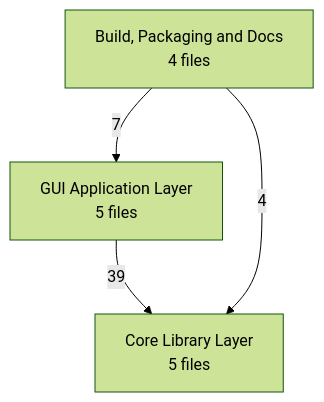
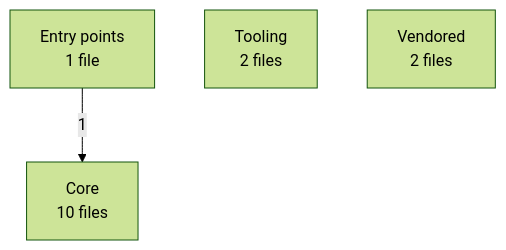
The first of 2 diagrams in README.md (Dominic-Ferri/MacCleanUp), drawn with Mermaid (forest theme) before and after one commit. The commit also changed other lines of this file, not shown here.

````diff
--- a/README.md
+++ b/README.md
@@ -156,9 +169,8 @@
 ```mermaid
 flowchart TD
-  L0["GUI Application Layer<br/>5 files"]
-  L1["Build, Packaging and Docs<br/>4 files"]
-  L2["Core Library Layer<br/>5 files"]
-  L0 -->|39| L2
-  L1 -->|7| L0
-  L1 -->|4| L2
+  L0["Entry points<br/>1 file"]
+  L1["Tooling<br/>2 files"]
+  L2["Vendored<br/>2 files"]
+  L3["Core<br/>10 files"]
+  L0 -->|1| L3
 ```
````
